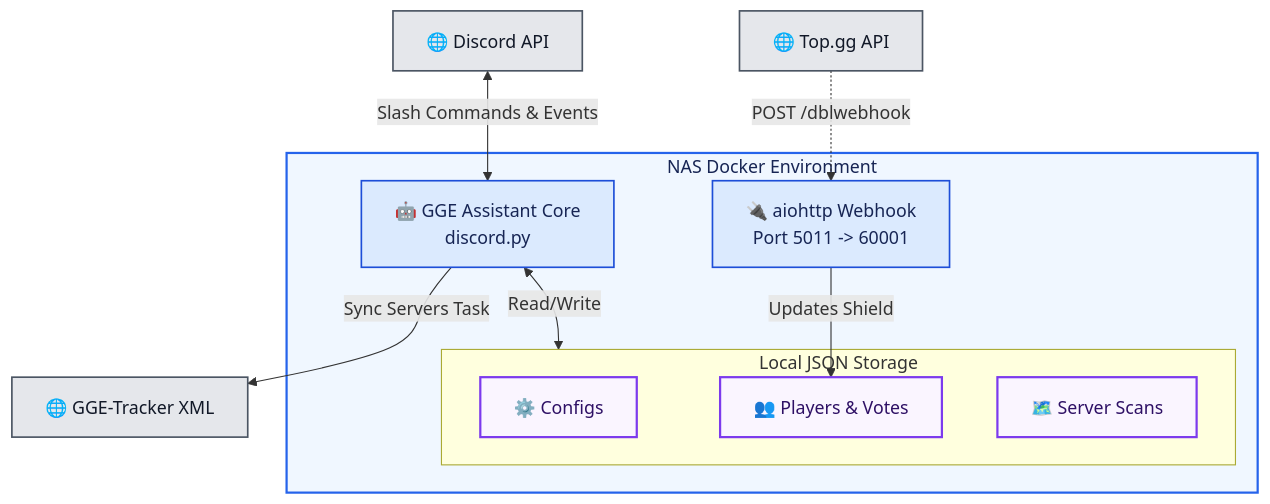
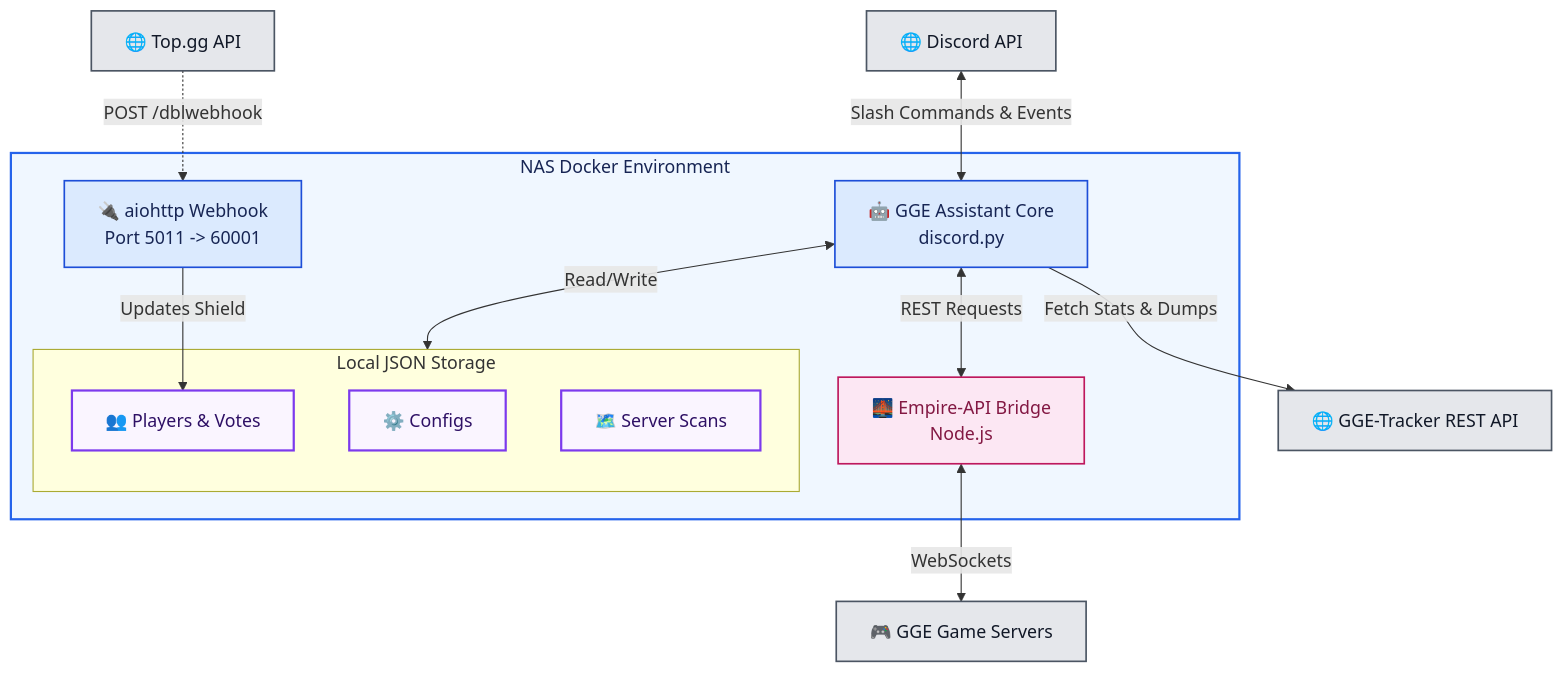
One commit to gge-tracker/gge-assistant-bot changed the diagram in README.md. Above: the diagram before and after it, drawn with Mermaid. The commit also changed other lines of this file, not shown here.

Commit message:
docs: fix markdown formatting

````diff
--- a/README.md
+++ b/README.md
@@ -96,36 +101,43 @@
 ```mermaid
 graph TD
     %% ==== EXTERNAL SOURCES ====
     discord_api[🌐 Discord API]
     topgg_api[🌐 Top.gg API]
-    gge_tracker[🌐 GGE-Tracker XML]
+    gge_tracker[🌐 GGE-Tracker REST API]
+    gge_servers[🎮 GGE Game Servers]
 
     %% ==== NAS HOSTING ====
     subgraph nas[NAS Docker Environment]
         bot[🤖 GGE Assistant Core<br>discord.py]
+        empire_api[🌉 Empire-API Bridge<br>Node.js]
         webhook[🔌 aiohttp Webhook<br>Port 5011 -> 60001]
         
         subgraph storage[Local JSON Storage]
             db_configs[⚙️ Configs]
             db_players[👥 Players & Votes]
             db_scans[🗺️ Server Scans]
         end
     end
 
     %% ==== CONNECTIONS ====
     discord_api <-->|Slash Commands & Events| bot
     topgg_api -.->|POST /dblwebhook| webhook
     webhook -->|Updates Shield| db_players
-    bot -->|Sync Servers Task| gge_tracker
+    
+    bot -->|Fetch Stats & Dumps| gge_tracker
+    bot <-->|REST Requests| empire_api
+    empire_api <-->|WebSockets| gge_servers
     bot <-->|Read/Write| storage
 
     %% ==== STYLES ====
     classDef external fill:#e5e7eb,stroke:#4b5563,stroke-width:1.5px,color:#111827
     classDef core fill:#dbeafe,stroke:#1d4ed8,stroke-width:1.5px,color:#172554
+    classDef bridge fill:#fce7f3,stroke:#be185d,stroke-width:1.5px,color:#831843
     classDef data fill:#faf5ff,stroke:#7c3aed,stroke-width:2px,color:#2e1065
 
-    class discord_api,topgg_api,gge_tracker external
+    class discord_api,topgg_api,gge_tracker,gge_servers external
     class bot,webhook core
+    class empire_api bridge
     class db_configs,db_players,db_scans data
     style nas fill:#f0f7ff,stroke:#2563eb,stroke-width:2px,color:#172554
 ```
````
